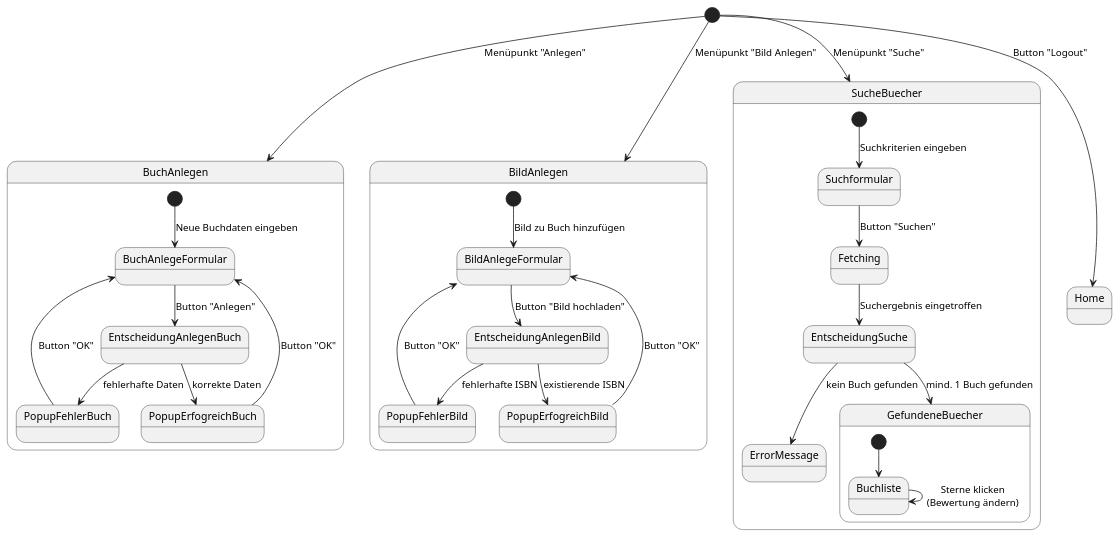
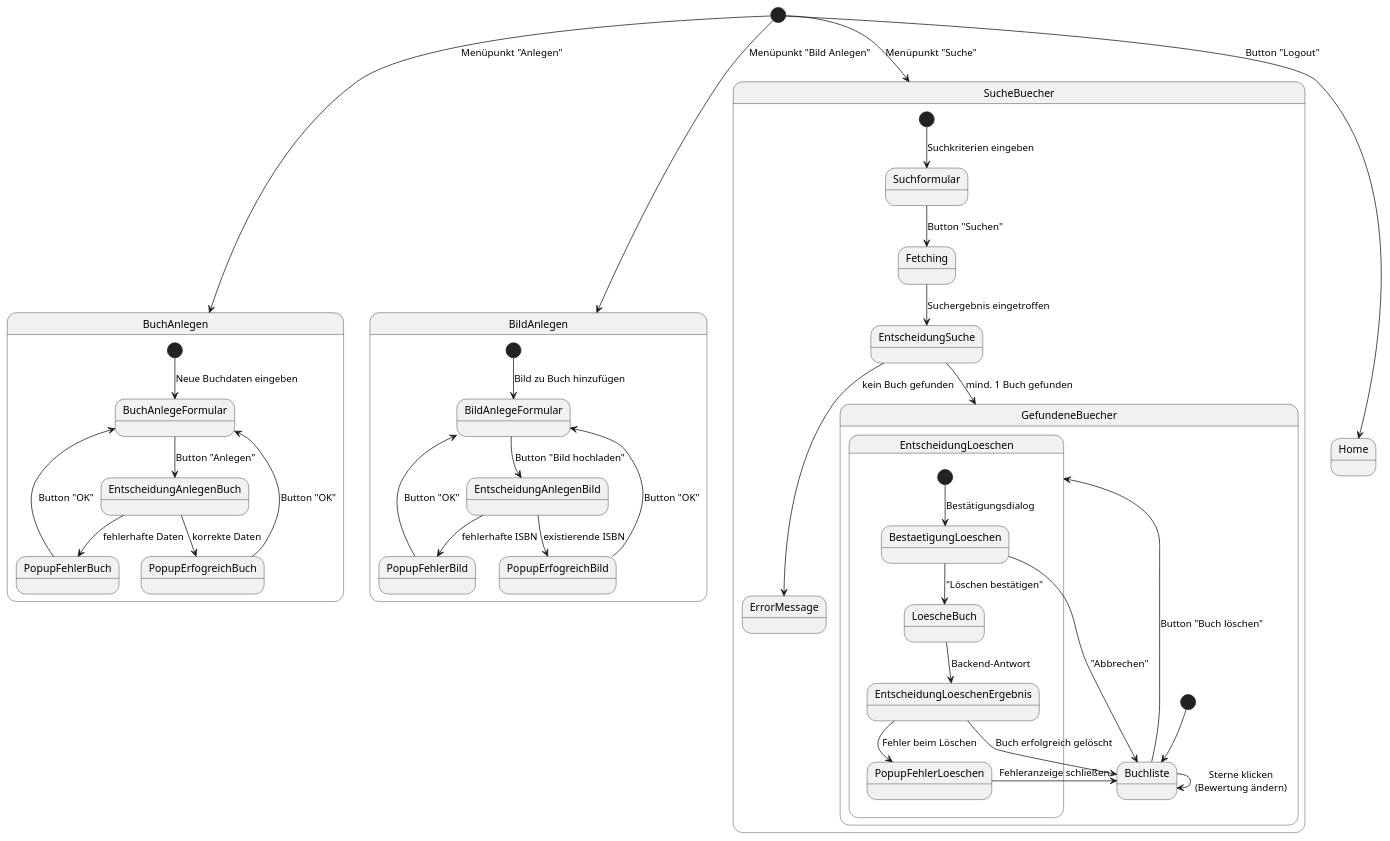
One commit to feydernoah/swe-react-frontend changed the diagram in extras/doc/projekthandbuch/zustandsdiagrammAdmin.plantuml. Above: the diagram before and after it, drawn with PlantUML. The commit also changed 5 other files, not shown here.

Commit message:
Plant UML Ergänzung Delete Funktion und Aufarbeitung bestehender Diagramme

```diff
--- a/extras/doc/projekthandbuch/zustandsdiagrammAdmin.plantuml
+++ b/extras/doc/projekthandbuch/zustandsdiagrammAdmin.plantuml
@@ -3,44 +3,55 @@
 @startuml Admin Page Flow
 
 [*] --> BuchAnlegen : Menüpunkt "Anlegen"
 [*] --> BildAnlegen : Menüpunkt "Bild Anlegen"
 [*] --> SucheBuecher : Menüpunkt "Suche"
 [*] --> Home : Button "Logout"
 
 ' --- Bücher Suche ---
 state SucheBuecher {
   [*] --> Suchformular : Suchkriterien eingeben
   Suchformular --> Fetching : Button "Suchen"
   Fetching --> EntscheidungSuche : Suchergebnis eingetroffen
 
   EntscheidungSuche --> ErrorMessage : kein Buch gefunden
   EntscheidungSuche --> GefundeneBuecher : mind. 1 Buch gefunden
 }
 
-' --- Buch bewerten ---
+' --- Buch bewerten oder löschen ---
 state GefundeneBuecher {
   [*] --> Buchliste
   Buchliste --> Buchliste : Sterne klicken\n(Bewertung ändern)
+  Buchliste --> EntscheidungLoeschen : Button "Buch löschen"
+}
+
+state EntscheidungLoeschen {
+  [*] --> BestaetigungLoeschen : Bestätigungsdialog
+  BestaetigungLoeschen --> Buchliste : "Abbrechen"
+  BestaetigungLoeschen --> LoescheBuch : "Löschen bestätigen"
+  LoescheBuch --> EntscheidungLoeschenErgebnis : Backend-Antwort
+  EntscheidungLoeschenErgebnis --> Buchliste : Buch erfolgreich gelöscht
+  EntscheidungLoeschenErgebnis --> PopupFehlerLoeschen : Fehler beim Löschen
+  PopupFehlerLoeschen --> Buchliste : Fehleranzeige schließen
 }
 
 ' --- Neues Buch hinzufügen ---
 state BuchAnlegen {
   [*] --> BuchAnlegeFormular :  Neue Buchdaten eingeben
 BuchAnlegeFormular --> EntscheidungAnlegenBuch : Button "Anlegen"
 EntscheidungAnlegenBuch --> PopupFehlerBuch : fehlerhafte Daten
 EntscheidungAnlegenBuch --> PopupErfogreichBuch : korrekte Daten
 PopupFehlerBuch --> BuchAnlegeFormular : Button "OK"
 PopupErfogreichBuch --> BuchAnlegeFormular : Button "OK"
 }
 
 ' --- Bild Anlegen ---
 state BildAnlegen {
   [*] --> BildAnlegeFormular : Bild zu Buch hinzufügen
   BildAnlegeFormular --> EntscheidungAnlegenBild : Button "Bild hochladen"
 EntscheidungAnlegenBild --> PopupFehlerBild : fehlerhafte ISBN
 EntscheidungAnlegenBild --> PopupErfogreichBild : existierende ISBN
 PopupFehlerBild --> BildAnlegeFormular : Button "OK"
 PopupErfogreichBild --> BildAnlegeFormular : Button "OK"
 }
 
 @enduml
```
